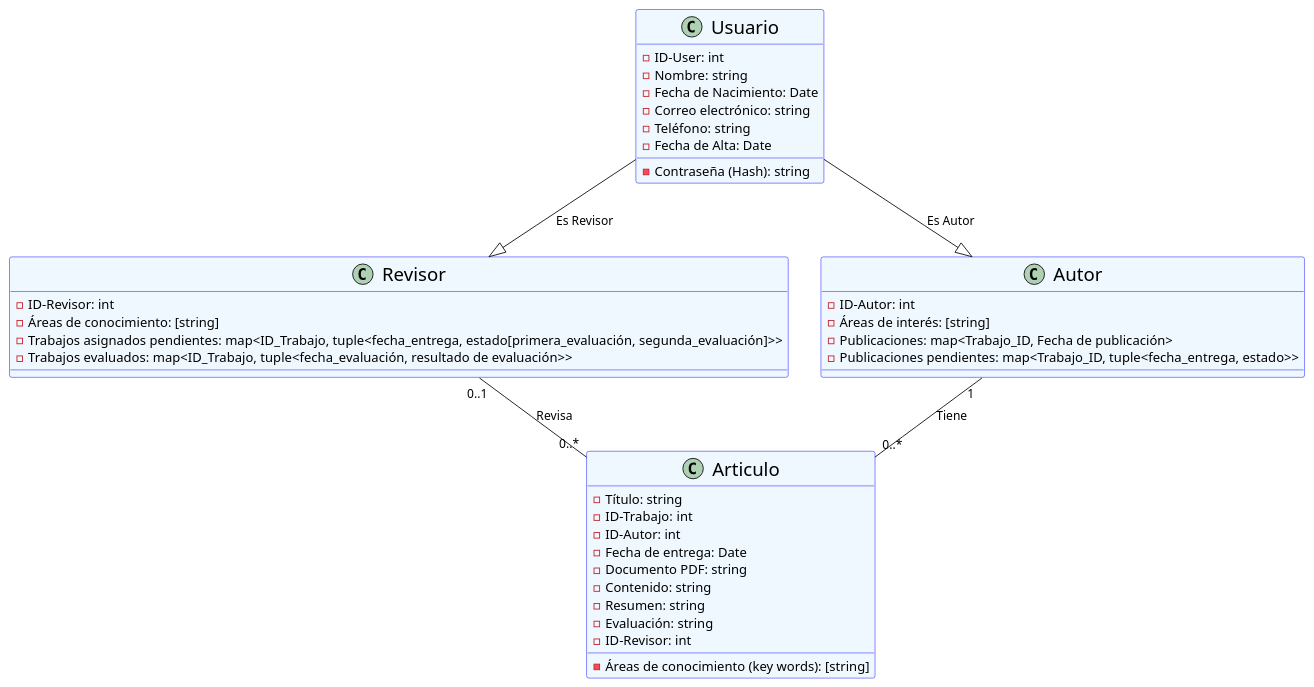
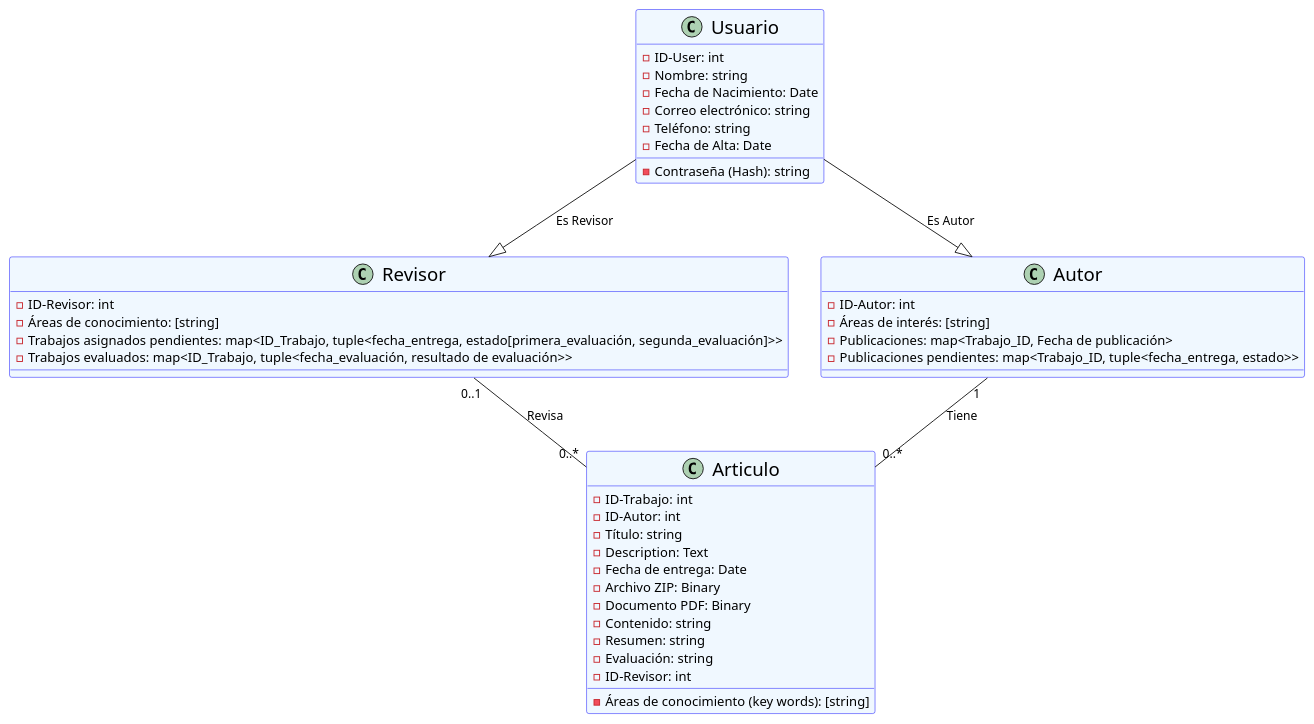
One commit to OUABSL/CongresoAI changed the diagram in diagram_database.plantuml. Above: the diagram before and after it, drawn with PlantUML. The commit also changed 25 other files, not shown here.

```diff
--- a/diagram_database.plantuml
+++ b/diagram_database.plantuml
@@ -1,48 +1,50 @@
 @startuml Congreso
 skinparam classBackgroundColor AliceBlue
 skinparam classBorderColor Blue
 skinparam classFontName Comic Sans
 skinparam classFontSize 20
 
 class Usuario {
   - ID-User: int
   - Nombre: string
   - Fecha de Nacimiento: Date
   - Correo electrónico: string
   - Teléfono: string
   - Contraseña (Hash): string
   - Fecha de Alta: Date
 }
 
 class Revisor {
   - ID-Revisor: int
   - Áreas de conocimiento: [string]
   - Trabajos asignados pendientes: map<ID_Trabajo, tuple<fecha_entrega, estado[primera_evaluación, segunda_evaluación]>>
   - Trabajos evaluados: map<ID_Trabajo, tuple<fecha_evaluación, resultado de evaluación>>
 }
 
 class Autor {
   - ID-Autor: int
   - Áreas de interés: [string]
   - Publicaciones: map<Trabajo_ID, Fecha de publicación>
   - Publicaciones pendientes: map<Trabajo_ID, tuple<fecha_entrega, estado>>
 }
 
 class Articulo {
-  - Título: string
   - ID-Trabajo: int
   - ID-Autor: int
+  - Título: string
+  - Description: Text
   - Fecha de entrega: Date
-  - Documento PDF: string
+  - Archivo ZIP: Binary
+  - Documento PDF: Binary
   - Contenido: string
   - Resumen: string
   - Evaluación: string
   - Áreas de conocimiento (key words): [string]
   - ID-Revisor: int
 }
 
 Usuario --|> Revisor : Es Revisor
 Usuario --|> Autor : Es Autor
 Autor "1" -- "0..*" Articulo : Tiene
 Revisor "0..1" -- "0..*" Articulo : Revisa
 @enduml
```
